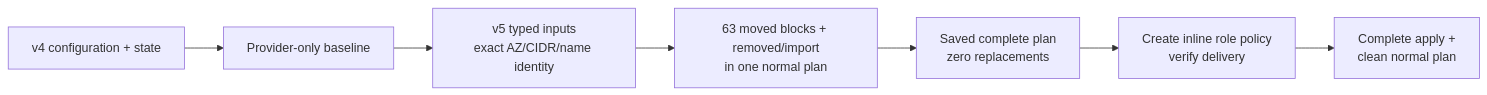
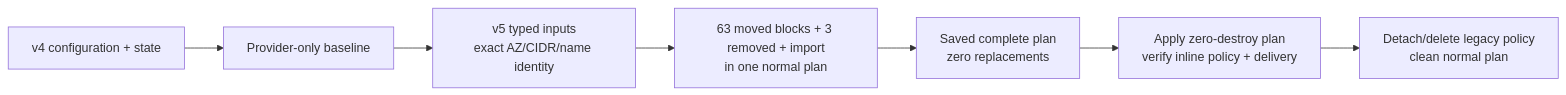
Before and after one commit to clopca/terraform-aws-vpc: the diagram in v5/examples/migration-from-v4/README.md, drawn with Mermaid. The commit also changed other lines of this file and 9 other files, not shown here.

Commit message:
fix(v5): make flow log migration zero-destroy

````diff
--- a/v5/examples/migration-from-v4/README.md
+++ b/v5/examples/migration-from-v4/README.md
@@ -16,9 +16,9 @@
 ```mermaid
 flowchart LR
   V4[v4 configuration + state] --> Baseline[Provider-only baseline]
   Baseline --> Translate[v5 typed inputs\nexact AZ/CIDR/name identity]
-  Translate --> Handoff[63 moved blocks + removed/import\nin one normal plan]
+  Translate --> Handoff[63 moved blocks + 3 removed + import\nin one normal plan]
   Handoff --> Gate[Saved complete plan\nzero replacements]
-  Gate --> IAM[Create inline role policy\nverify delivery]
-  IAM --> Final[Complete apply +\nclean normal plan]
+  Gate --> IAM[Apply zero-destroy plan\nverify inline policy + delivery]
+  IAM --> Final[Detach/delete legacy policy\nclean normal plan]
 ```
````
